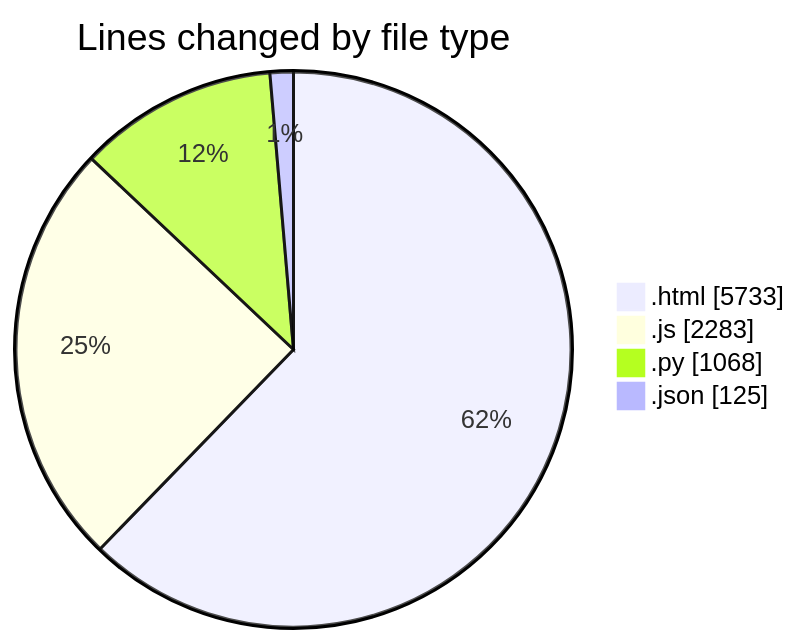
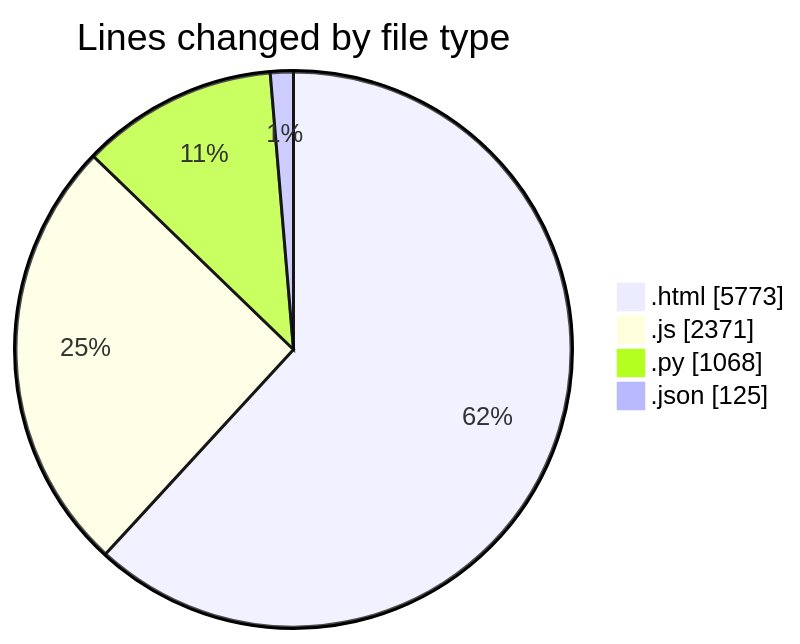
One commit to shibass792/code-tracking changed the first of 2 diagrams in 2026-07-15/shibass-ai/README.md. Above: the diagram before and after it, drawn with Mermaid. The commit also changed other lines of this file and 1 other file, not shown here.

````diff
--- a/2026-07-15/shibass-ai/README.md
+++ b/2026-07-15/shibass-ai/README.md
@@ -30,8 +30,8 @@
 ```mermaid
 pie showData
 title Lines changed by file type
-".html" : 5733
-".js" : 2283
+".html" : 5773
+".js" : 2371
 ".py" : 1068
 ".json" : 125
 ```
````
